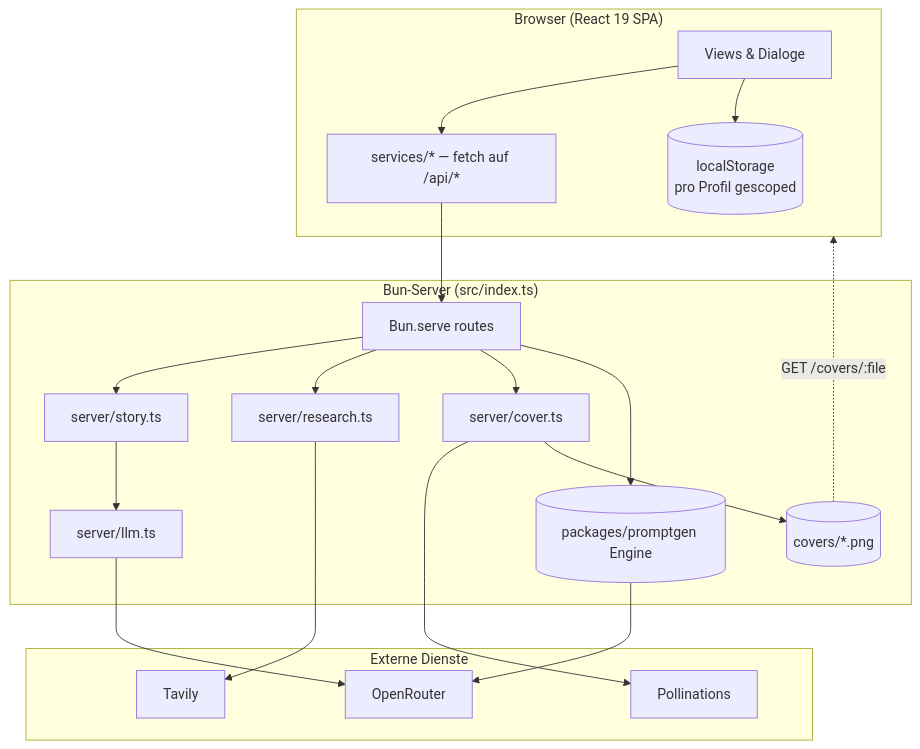
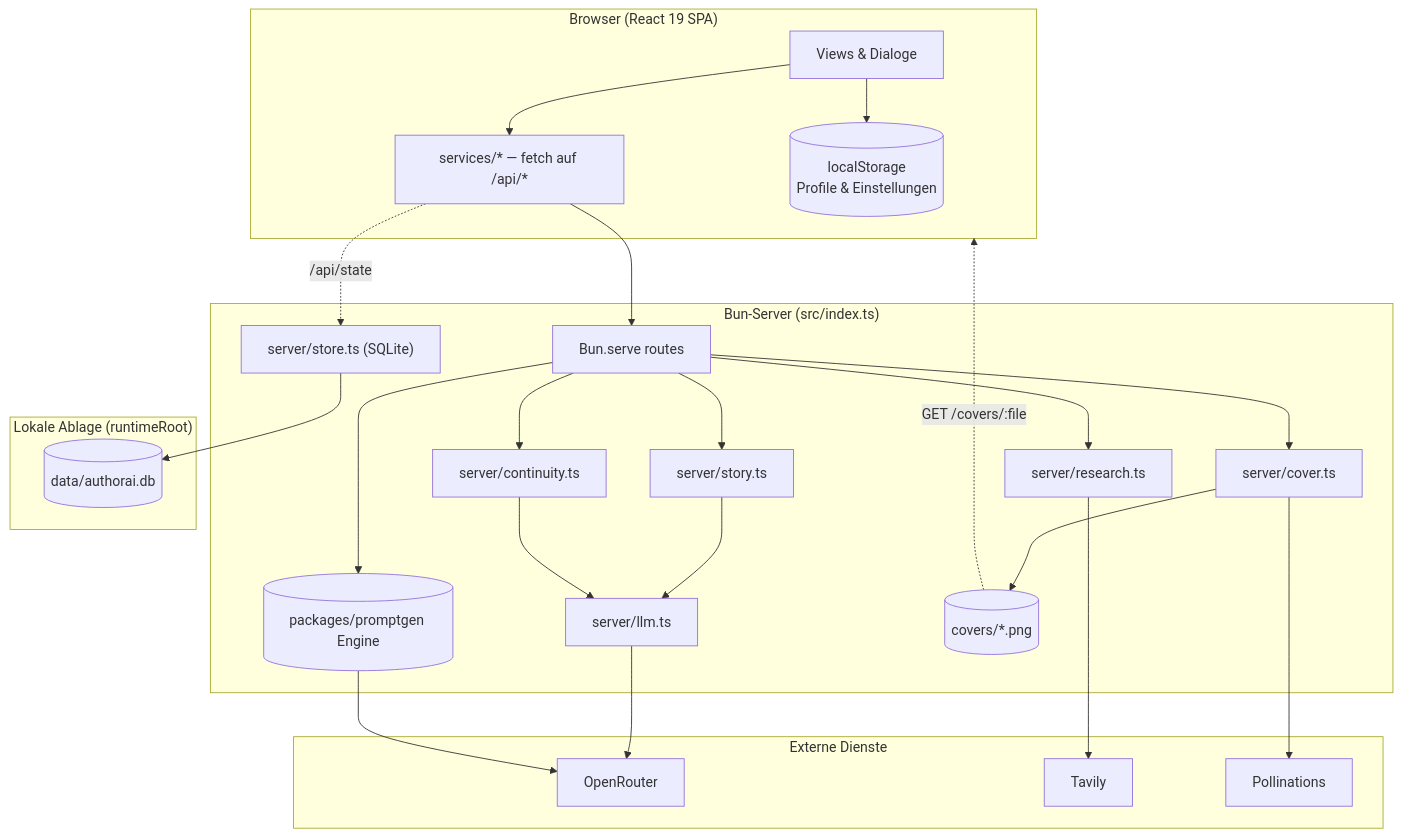
Before and after one commit to KT-Society/AuthorAI: the first of 2 diagrams in docs/architecture.md, drawn with Mermaid. The commit also changed other lines of this file and 19 other files, not shown here.

````diff
--- a/docs/architecture.md
+++ b/docs/architecture.md
@@ -12,33 +12,41 @@
 ```mermaid
 flowchart TB
     subgraph Browser["Browser (React 19 SPA)"]
         UI["Views & Dialoge"]
         SVC["services/* — fetch auf /api/*"]
-        LS[("localStorage<br/>pro Profil gescoped")]
+        SET[("localStorage<br/>Profile & Einstellungen")]
     end
 
     subgraph Server["Bun-Server (src/index.ts)"]
         ROUTES["Bun.serve routes"]
         S_STORY["server/story.ts"]
+        S_CONT["server/continuity.ts"]
         S_LLM["server/llm.ts"]
         S_COVER["server/cover.ts"]
         S_RESEARCH["server/research.ts"]
+        S_STORE["server/store.ts (SQLite)"]
         PG[("packages/promptgen Engine")]
         FILES[("covers/*.png")]
+    end
+
+    subgraph Data["Lokale Ablage (runtimeRoot)"]
+        DB[("data/authorai.db")]
     end
 
     subgraph External["Externe Dienste"]
         OR["OpenRouter"]
         TV["Tavily"]
         PO["Pollinations"]
     end
 
     UI --> SVC --> ROUTES
-    UI --> LS
+    UI --> SET
     ROUTES --> S_STORY --> S_LLM --> OR
+    ROUTES --> S_CONT --> S_LLM
     ROUTES --> S_RESEARCH --> TV
     ROUTES --> S_COVER --> PO
     S_COVER --> FILES
     ROUTES --> PG --> OR
+    SVC -. "/api/state" .-> S_STORE --> DB
     FILES -. "GET /covers/:file" .-> Browser
 ```
````
